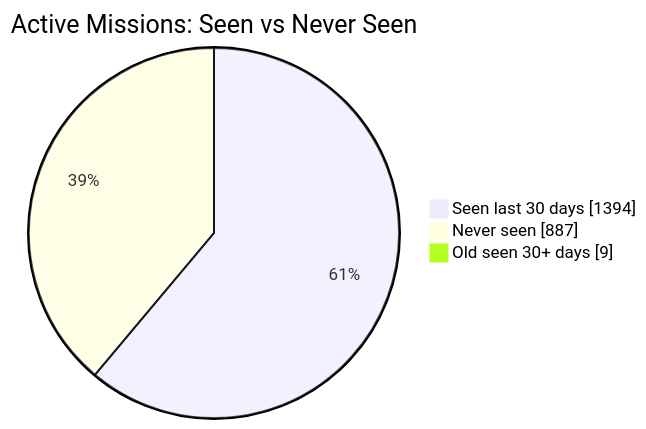
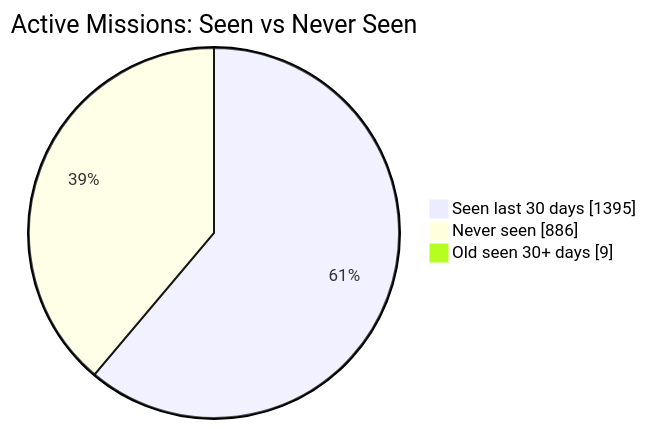
One commit to MeldkamerspelGameTeam/active-missions changed the first of 2 diagrams in README.md. Above: the diagram before and after it, drawn with Mermaid. The commit also changed other lines of this file and 2 other files, not shown here.

````diff
--- a/README.md
+++ b/README.md
@@ -34,7 +34,7 @@
 ```mermaid
 pie showData
     title Active Missions: Seen vs Never Seen
-    "Seen last 30 days" : 1394
-    "Never seen" : 887
+    "Seen last 30 days" : 1395
+    "Never seen" : 886
     "Old seen 30+ days" : 9
 ```
````
